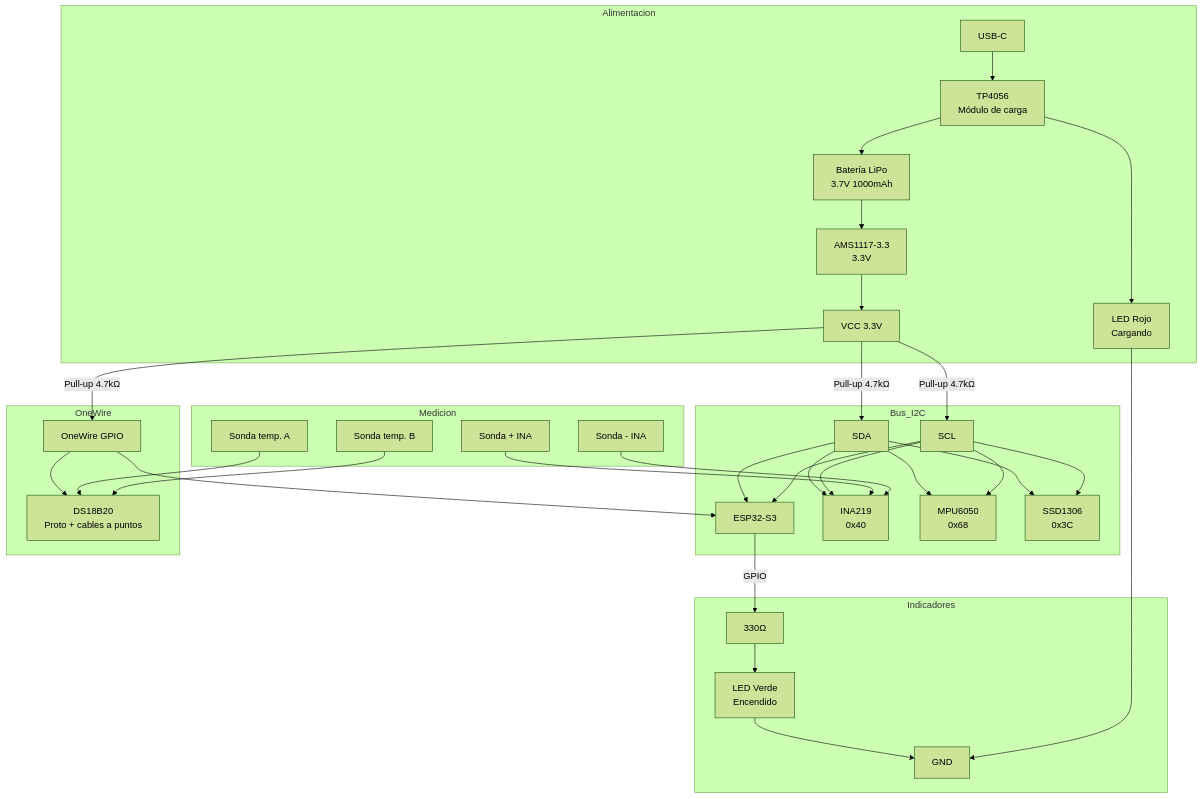
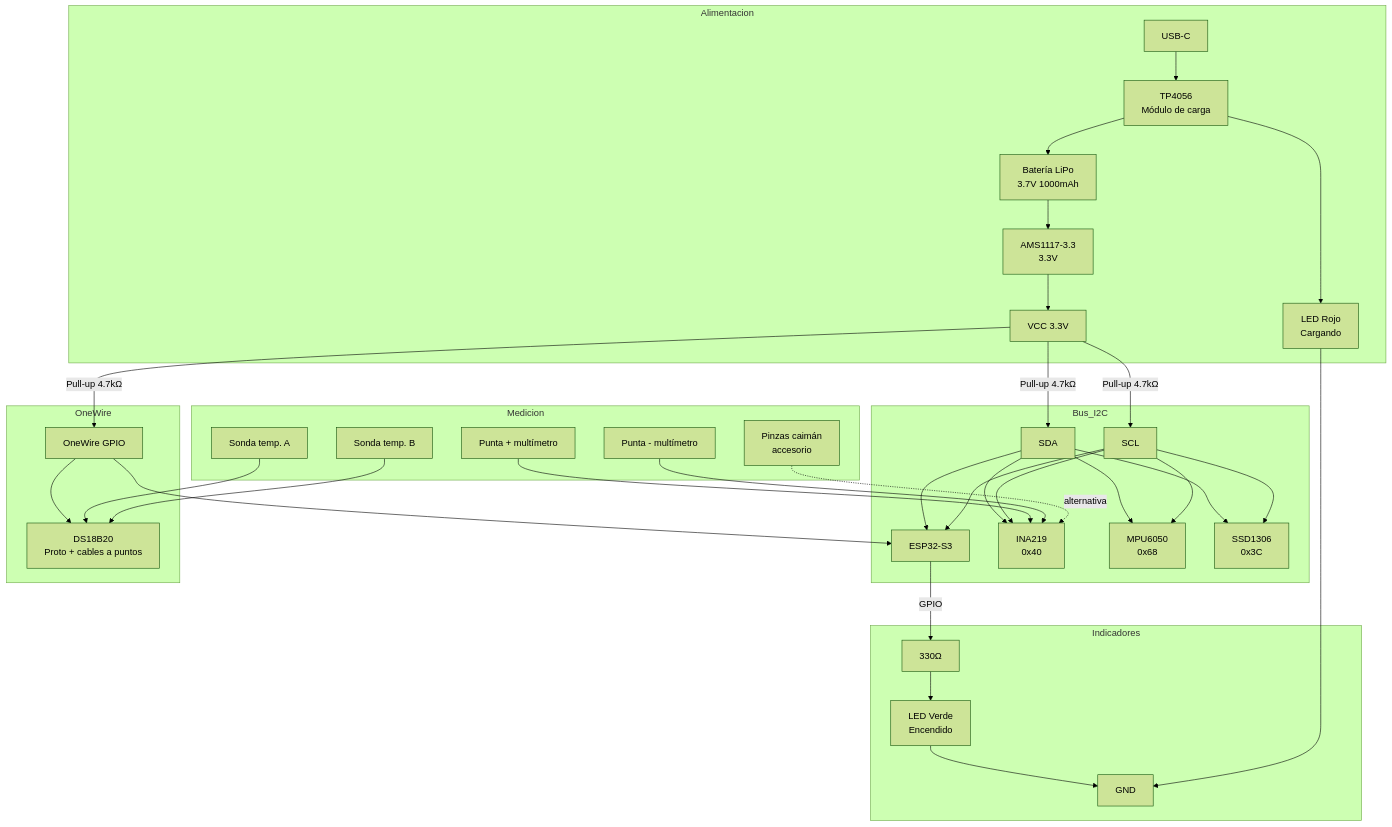
Before and after one commit to DiegoAragon13/InnovaV1: the diagram in General/Circuito/circuito.md, drawn with Mermaid (forest theme). The commit also changed other lines of this file and 1 other file, not shown here.

Commit message:
docs: actualizar sondas a puntas tipo multímetro, agregar modelo de negocio en README

````diff
--- a/General/Circuito/circuito.md
+++ b/General/Circuito/circuito.md
@@ -39,39 +40,40 @@
 ```mermaid
 graph TD
     subgraph Alimentacion
         USB[USB-C] --> TP[TP4056\nMódulo de carga]
         TP --> LIPO[Batería LiPo\n3.7V 1000mAh]
         LIPO --> REG[AMS1117-3.3\n3.3V]
         REG --> VCC33[VCC 3.3V]
         TP --> LED_R[LED Rojo\nCargando]
     end
 
     subgraph Bus_I2C
         VCC33 -->|Pull-up 4.7kΩ| SDA
         VCC33 -->|Pull-up 4.7kΩ| SCL
         SDA & SCL --> ESP[ESP32-S3]
         SDA & SCL --> INA[INA219\n0x40]
         SDA & SCL --> MPU[MPU6050\n0x68]
         SDA & SCL --> OLED[SSD1306\n0x3C]
     end
 
     subgraph OneWire
         VCC33 -->|Pull-up 4.7kΩ| OW[OneWire GPIO]
         OW --> DS[DS18B20\nProto + cables a puntos]
         OW --> ESP
     end
 
     subgraph Medicion
-        SONDA1[Sonda + INA] --> INA
-        SONDA2[Sonda - INA] --> INA
+        SONDA1[Punta + multímetro] --> INA
+        SONDA2[Punta - multímetro] --> INA
         DS_S1[Sonda temp. A] --> DS
         DS_S2[Sonda temp. B] --> DS
+        CAIMAN[Pinzas caimán\naccesorio] -.->|alternativa| INA
     end
 
     subgraph Indicadores
         ESP -->|GPIO| R1[330Ω]
         R1 --> LED_G[LED Verde\nEncendido]
         LED_G --> GND
         LED_R --> GND
     end
 ```
````
